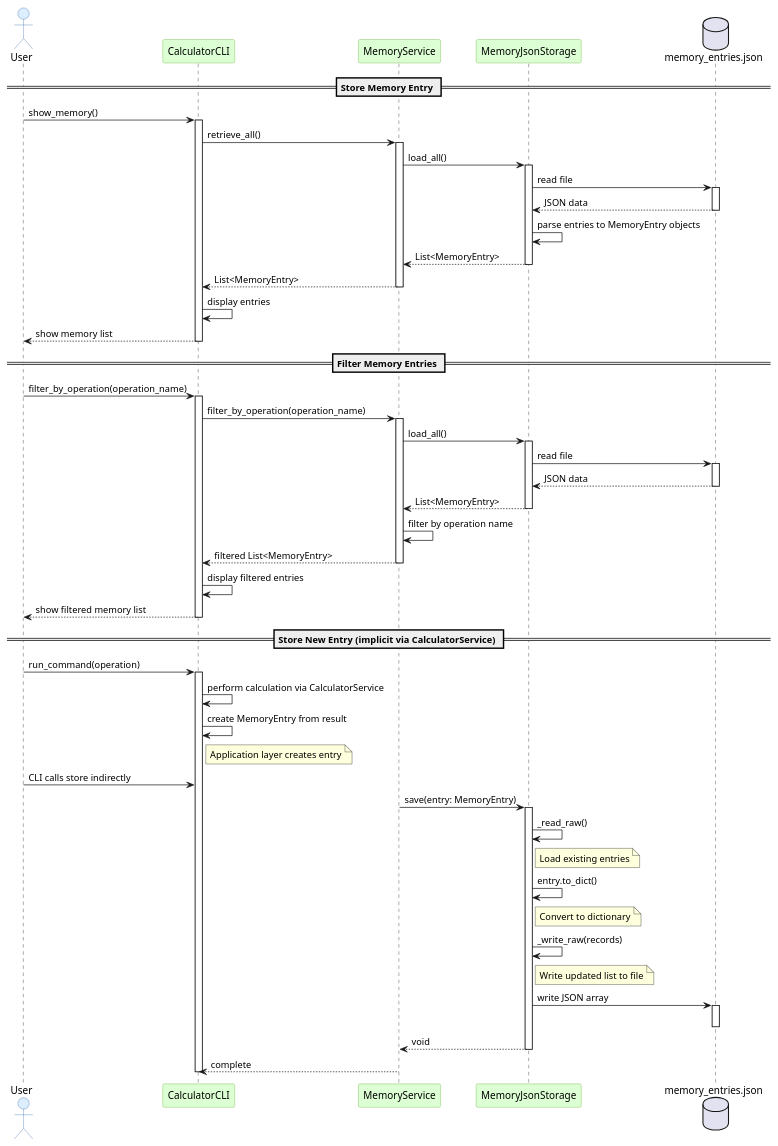
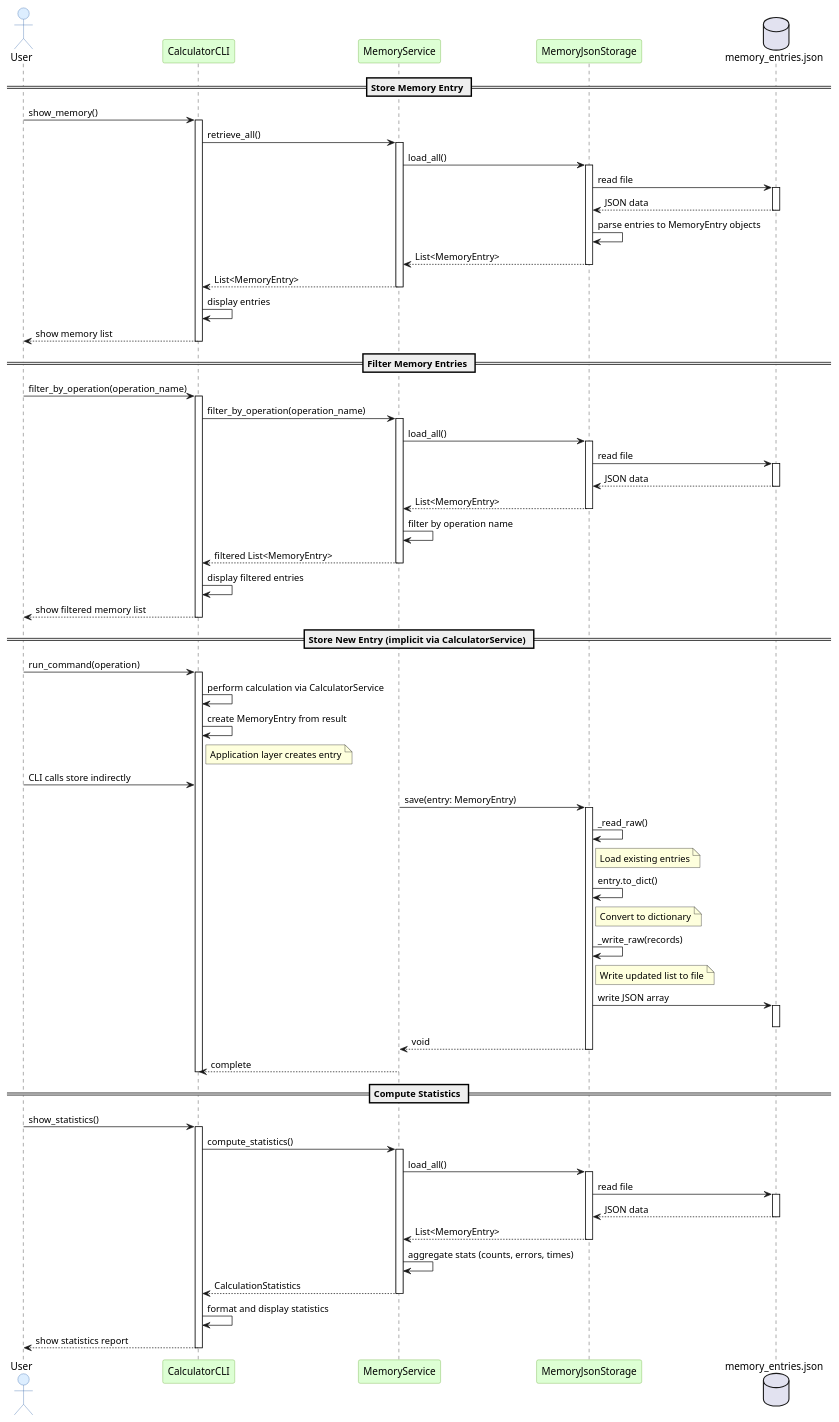
Before and after one commit to DanielRiha8906/Software_autoevolution_using_agents: the diagram in experiments/pipeline/structured_text/calculator/artifacts/sequence_diagram_memory.puml, drawn with PlantUML. The commit also changed 14 other files, not shown here.

```diff
--- a/experiments/pipeline/structured_text/calculator/artifacts/sequence_diagram_memory.puml
+++ b/experiments/pipeline/structured_text/calculator/artifacts/sequence_diagram_memory.puml
@@ -1,81 +1,102 @@
 @startuml sequence_diagram_memory
 
 skinparam sequenceActorBackgroundColor #DDEEFF
 skinparam sequenceActorBorderColor #3366AA
 skinparam sequenceParticipantBackgroundColor #DDFFD4
 skinparam sequenceParticipantBorderColor #66AA33
 
 actor User
 participant "CalculatorCLI" as CLI
 participant "MemoryService" as MemService
 participant "MemoryJsonStorage" as MemStore
 database "memory_entries.json" as DB
 
 == Store Memory Entry ==
 
 User -> CLI: show_memory()
 activate CLI
 CLI -> MemService: retrieve_all()
 activate MemService
 MemService -> MemStore: load_all()
 activate MemStore
 MemStore -> DB: read file
 activate DB
 DB --> MemStore: JSON data
 deactivate DB
 MemStore -> MemStore: parse entries to MemoryEntry objects
 MemStore --> MemService: List<MemoryEntry>
 deactivate MemStore
 MemService --> CLI: List<MemoryEntry>
 deactivate MemService
 CLI -> CLI: display entries
 CLI --> User: show memory list
 deactivate CLI
 
 == Filter Memory Entries ==
 
 User -> CLI: filter_by_operation(operation_name)
 activate CLI
 CLI -> MemService: filter_by_operation(operation_name)
 activate MemService
 MemService -> MemStore: load_all()
 activate MemStore
 MemStore -> DB: read file
 activate DB
 DB --> MemStore: JSON data
 deactivate DB
 MemStore --> MemService: List<MemoryEntry>
 deactivate MemStore
 MemService -> MemService: filter by operation name
 MemService --> CLI: filtered List<MemoryEntry>
 deactivate MemService
 CLI -> CLI: display filtered entries
 CLI --> User: show filtered memory list
 deactivate CLI
 
 == Store New Entry (implicit via CalculatorService) ==
 
 User -> CLI: run_command(operation)
 activate CLI
 CLI -> CLI: perform calculation via CalculatorService
 CLI -> CLI: create MemoryEntry from result
 note right of CLI: Application layer creates entry
 
 User -> CLI: CLI calls store indirectly
 MemService -> MemStore: save(entry: MemoryEntry)
 activate MemStore
 MemStore -> MemStore: _read_raw()
 note right of MemStore: Load existing entries
 MemStore -> MemStore: entry.to_dict()
 note right of MemStore: Convert to dictionary
 MemStore -> MemStore: _write_raw(records)
 note right of MemStore: Write updated list to file
 MemStore -> DB: write JSON array
 activate DB
 deactivate DB
 MemStore --> MemService: void
 deactivate MemStore
 MemService --> CLI: complete
 deactivate CLI
 
+== Compute Statistics ==
+
+User -> CLI: show_statistics()
+activate CLI
+CLI -> MemService: compute_statistics()
+activate MemService
+MemService -> MemStore: load_all()
+activate MemStore
+MemStore -> DB: read file
+activate DB
+DB --> MemStore: JSON data
+deactivate DB
+MemStore --> MemService: List<MemoryEntry>
+deactivate MemStore
+MemService -> MemService: aggregate stats (counts, errors, times)
+MemService --> CLI: CalculationStatistics
+deactivate MemService
+CLI -> CLI: format and display statistics
+CLI --> User: show statistics report
+deactivate CLI
+
 @enduml
```
